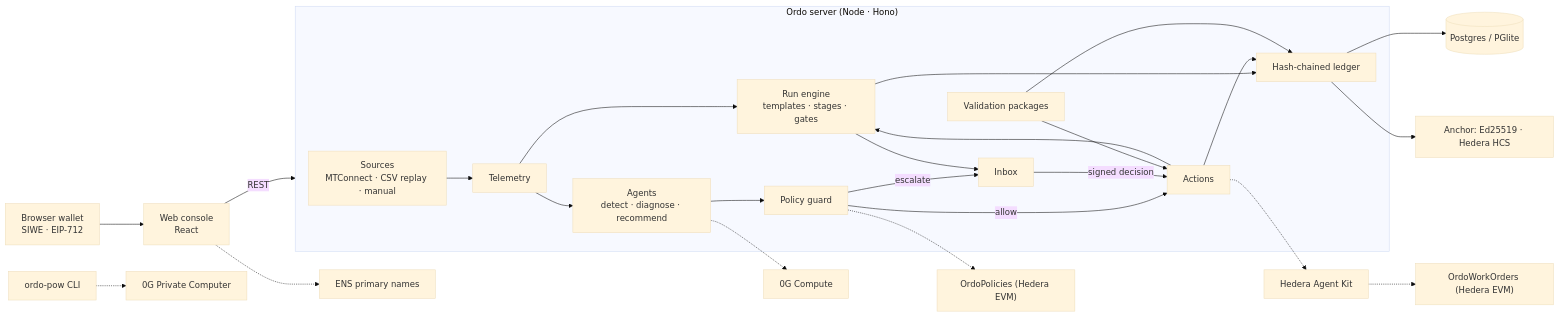
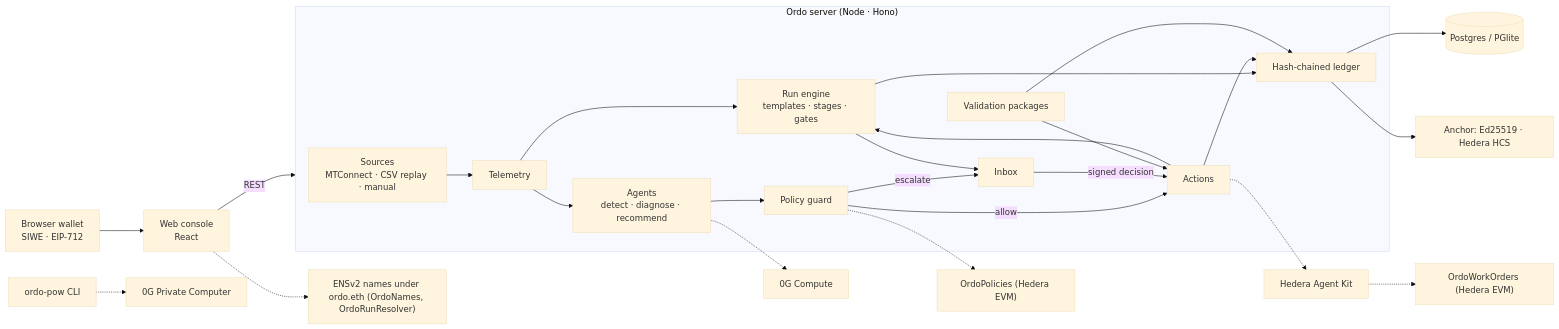
Before and after one commit to AloysJehwin/ordo_orchestrator: the diagram in README.md, drawn with Mermaid (base theme). The commit also changed other lines of this file and 10 other files, not shown here.

````diff
--- a/README.md
+++ b/README.md
@@ -46,23 +52,23 @@
 ```mermaid
 flowchart LR
     wallet["Browser wallet<br/>SIWE · EIP-712"] --> ui["Web console<br/>React"]
     ui -- REST --> api
     subgraph api["Ordo server (Node · Hono)"]
         src["Sources<br/>MTConnect · CSV replay · manual"] --> tel["Telemetry"]
         tel --> engine["Run engine<br/>templates · stages · gates"]
         tel --> mon["Agents<br/>detect · diagnose · recommend"] --> guard["Policy guard"]
         guard -- allow --> act["Actions"]
         guard -- escalate --> inbox["Inbox"] -- signed decision --> act
         engine --> inbox
         act --> engine
         val["Validation packages"] --> act
         engine & act & val --> ledger["Hash-chained ledger"]
     end
     ledger --> db[("Postgres / PGlite")]
     ledger --> anchor["Anchor: Ed25519 · Hedera HCS"]
     guard -.-> reg["OrdoPolicies (Hedera EVM)"]
     act -.-> kit["Hedera Agent Kit"] -.-> vault["OrdoWorkOrders (Hedera EVM)"]
     mon -.-> og["0G Compute"]
     pow["ordo-pow CLI"] -.-> pc["0G Private Computer"]
-    ui -.-> ens["ENS primary names"]
+    ui -.-> ens["ENSv2 names under ordo.eth (OrdoNames, OrdoRunResolver)"]
 ```
````
